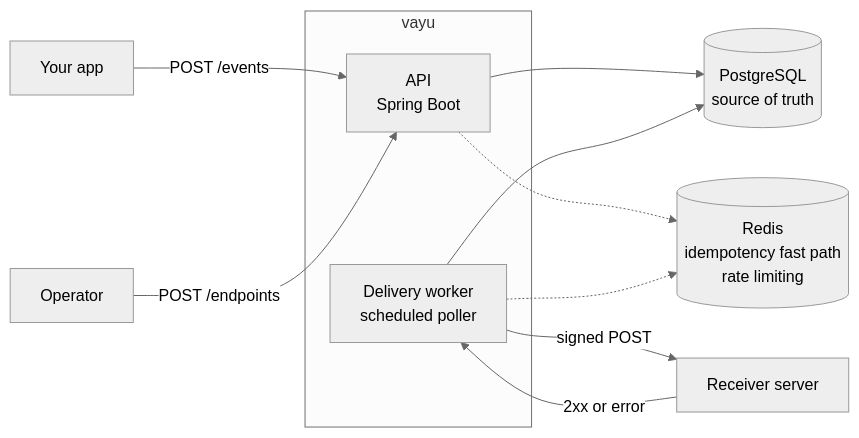
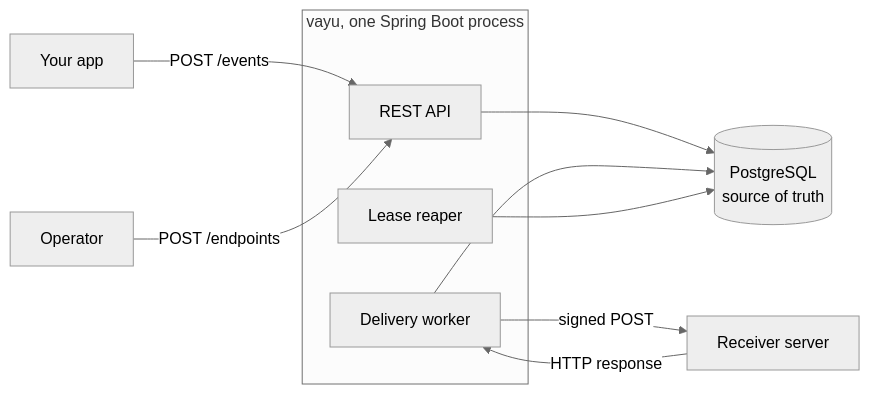
The first of 2 diagrams in README.md (Md-Talim/vayu), drawn with Mermaid (neutral theme) before and after one commit. The commit also changed other lines of this file and 4 other files, not shown here.

````diff
--- a/README.md
+++ b/README.md
@@ -21,17 +29,17 @@
 ```mermaid
 flowchart LR
     App["Your app"] -->|"POST /events"| API
     Ops["Operator"] -->|"POST /endpoints"| API
 
-    subgraph vayu
-        API["API<br/>Spring Boot"]
-        Worker["Delivery worker<br/>scheduled poller"]
+    subgraph process["vayu, one Spring Boot process"]
+        API["REST API"]
+        Worker["Delivery worker"]
+        Reaper["Lease reaper"]
     end
 
     API --> PG[("PostgreSQL<br/>source of truth")]
     Worker --> PG
-    API -.-> Redis[("Redis<br/>idempotency fast path<br/>rate limiting")]
-    Worker -.-> Redis
+    Reaper --> PG
     Worker -->|"signed POST"| Receiver["Receiver server"]
-    Receiver -->|"2xx or error"| Worker
+    Receiver -->|"HTTP response"| Worker
 ```
````
